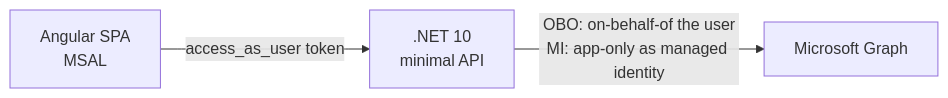
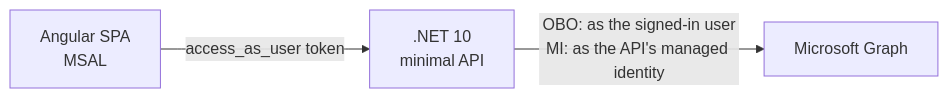
Before and after one commit to TK11703/angular-api-graph-relay: the diagram in README.md, drawn with Mermaid. The commit also changed other lines of this file and 55 other files, not shown here.

````diff
--- a/README.md
+++ b/README.md
@@ -17,9 +12,9 @@
 ```mermaid
 flowchart LR
     SPA["Angular SPA<br/>MSAL"]
     API[".NET 10<br/>minimal API"]
     G["Microsoft Graph"]
 
     SPA -- "access_as_user token" --> API
-    API -- "OBO: on-behalf-of the user<br/>MI: app-only as managed identity" --> G
+    API -- "OBO: as the signed-in user<br/>MI: as the API's managed identity" --> G
 ```
````
